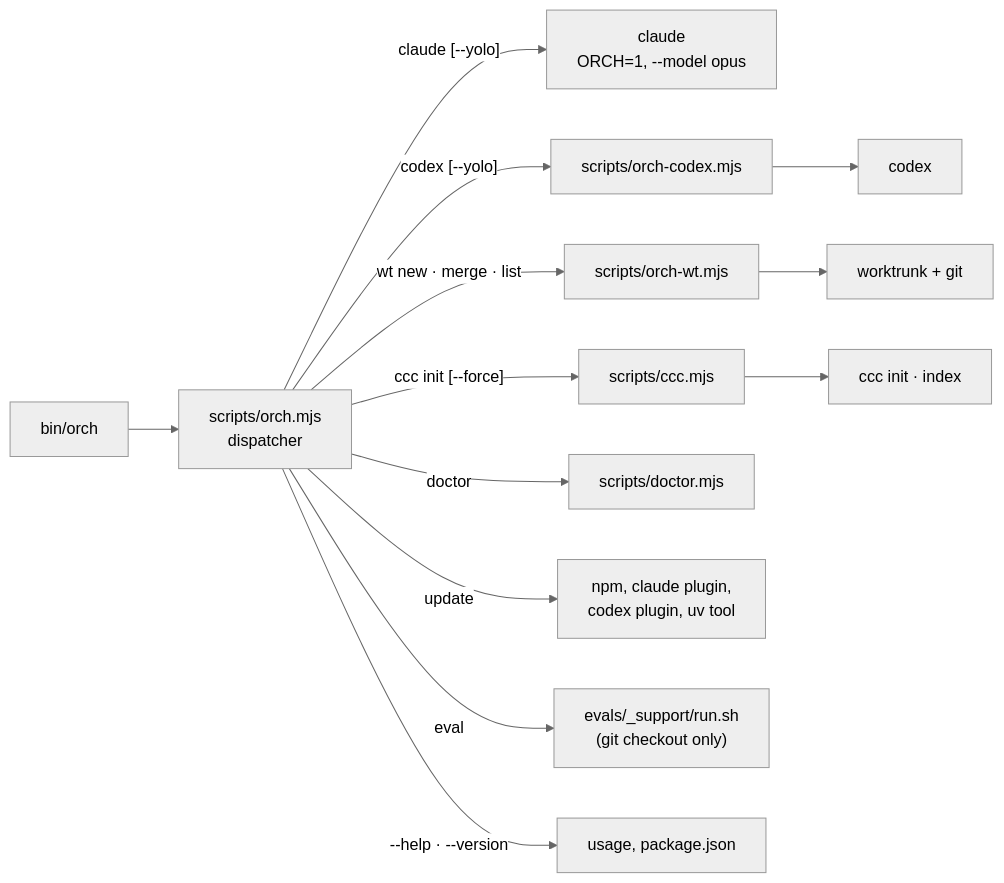
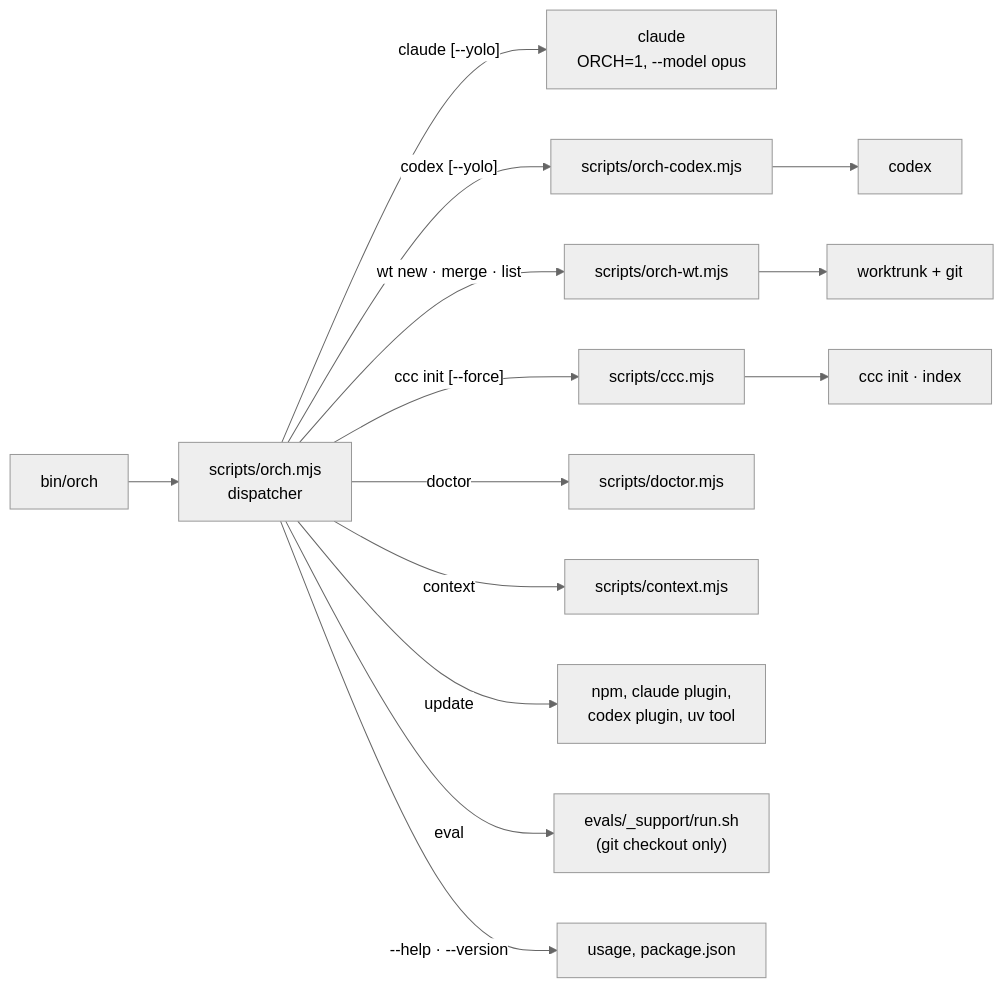
Before and after one commit to crafts69guy/orchestra: the fifth of 9 diagrams in docs/ARCHITECTURE.md, drawn with Mermaid (neutral theme). The commit also changed other lines of this file and 13 other files, not shown here.

````diff
--- a/docs/ARCHITECTURE.md
+++ b/docs/ARCHITECTURE.md
@@ -166,12 +167,13 @@
 ```mermaid
 flowchart LR
   bin["bin/orch"] --> disp["scripts/orch.mjs<br/>dispatcher"]
   disp -->|"claude [--yolo]"| claude["claude<br/>ORCH=1, --model opus"]
   disp -->|"codex [--yolo]"| ocx["scripts/orch-codex.mjs"] --> codex["codex"]
   disp -->|"wt new · merge · list"| owt["scripts/orch-wt.mjs"] --> wt["worktrunk + git"]
   disp -->|"ccc init [--force]"| occ["scripts/ccc.mjs"] --> ccc["ccc init · index"]
   disp -->|"doctor"| doc["scripts/doctor.mjs"]
+  disp -->|"context"| ctx["scripts/context.mjs"]
   disp -->|"update"| upd["npm, claude plugin,<br/>codex plugin, uv tool"]
   disp -->|"eval"| ev["evals/_support/run.sh<br/>(git checkout only)"]
   disp -->|"--help · --version"| pkg["usage, package.json"]
 ```
````
